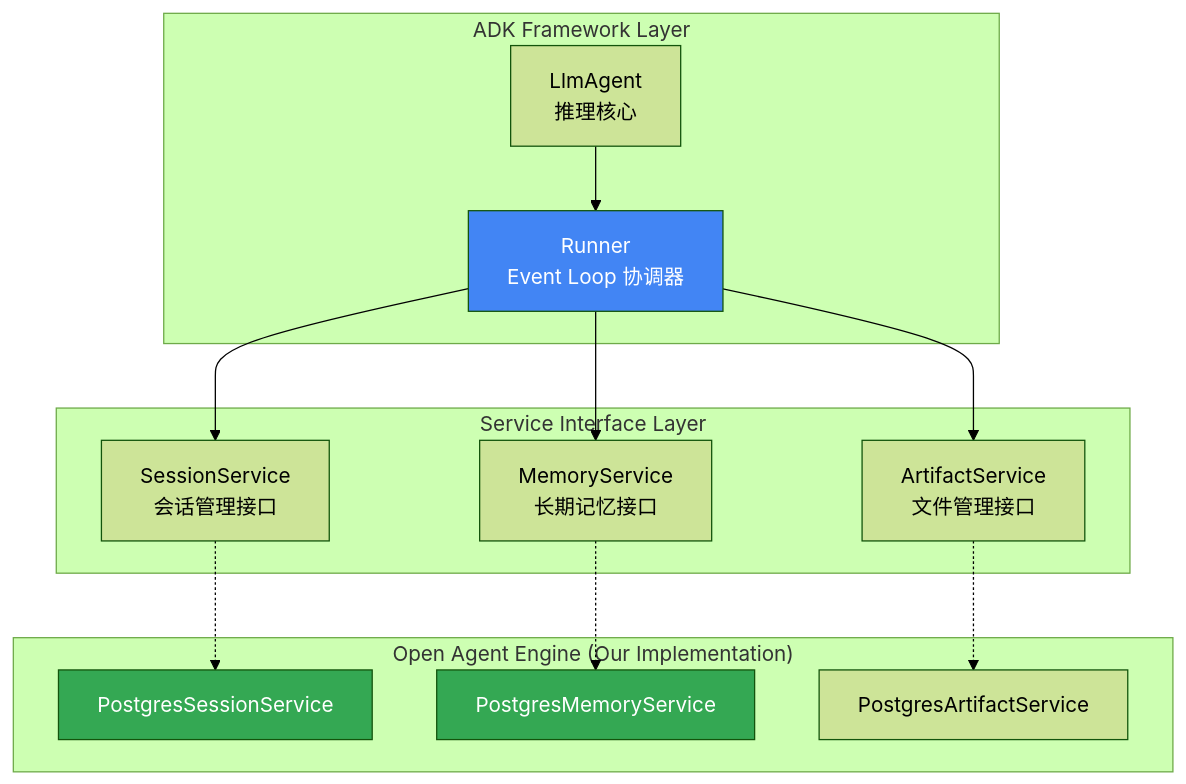
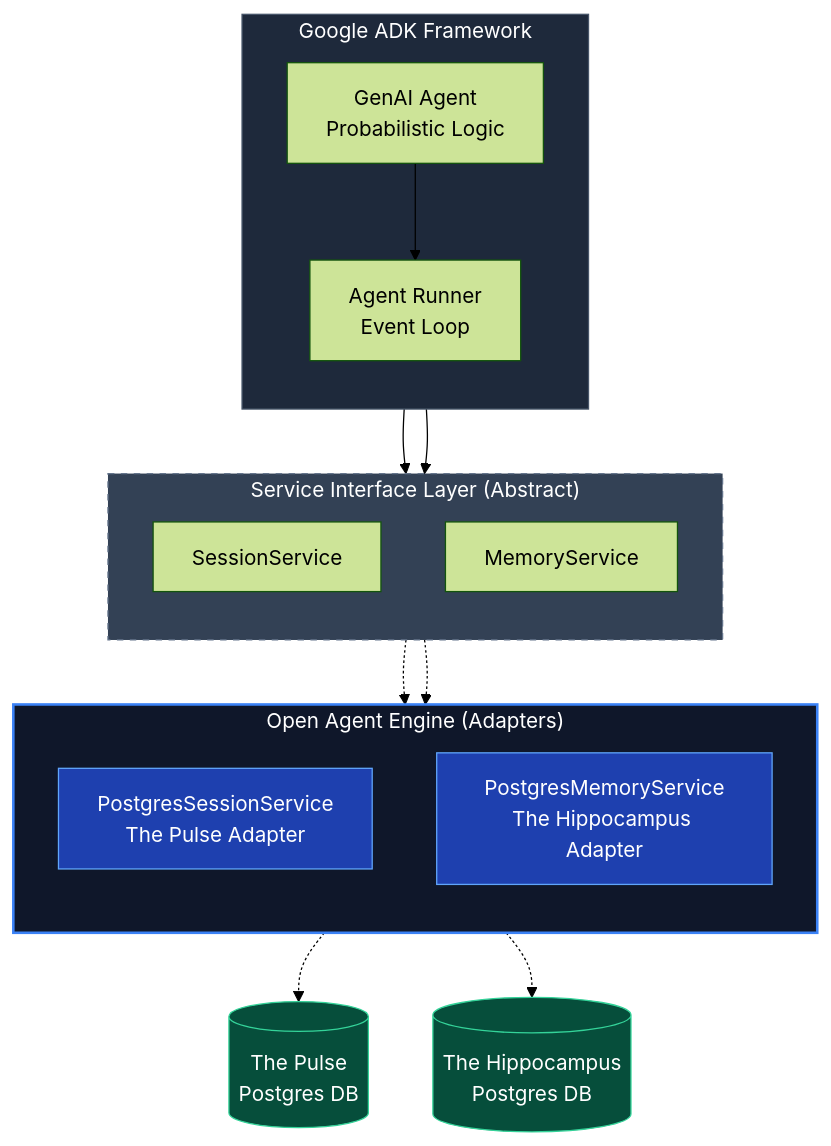
The second of 6 diagrams in docs/engine/040-the-realm-of-mind.md (ThreeFish-AI/agentic-ai-papers), drawn with Mermaid (forest theme) before and after one commit. The commit also changed other lines of this file, not shown here.

First line of the commit message:
docs(realm): 重构 Phase 4 文档结构与执行导图;

````diff
--- a/docs/engine/040-the-realm-of-mind.md
+++ b/docs/engine/040-the-realm-of-mind.md
@@ -94,29 +96,37 @@
 ```mermaid
 graph TB
-    subgraph "ADK Framework Layer"
-        R[Runner<br>Event Loop 协调器]
-        A[LlmAgent<br>推理核心]
+    subgraph ADK ["Google ADK Framework"]
+        direction TB
+        Runner[Agent Runner<br>Event Loop]
+        Agent[GenAI Agent<br>Probabilistic Logic]
     end
 
-    subgraph "Service Interface Layer"
-        SS[SessionService<br>会话管理接口]
-        MS[MemoryService<br>长期记忆接口]
-        AS[ArtifactService<br>文件管理接口]
+    subgraph Interfaces ["Service Interface Layer (Abstract)"]
+        direction TB
+        SS[SessionService]
+        MS[MemoryService]
     end
 
-    subgraph "Open Agent Engine (Our Implementation)"
-        PSS[PostgresSessionService]
-        PMS[PostgresMemoryService]
-        PAS[PostgresArtifactService]
+    subgraph Implementation ["Open Agent Engine (Adapters)"]
+        direction TB
+        PSS[PostgresSessionService<br>The Pulse Adapter]
+        PMS[PostgresMemoryService<br>The Hippocampus Adapter]
     end
 
-    R --> SS & MS & AS
-    A --> R
+    Agent --> Runner
+    Runner --> SS & MS
+
     SS -.-> PSS
     MS -.-> PMS
-    AS -.-> PAS
 
-    style R fill:#4285f4,color:#fff
-    style PSS fill:#34a853,color:#fff
-    style PMS fill:#34a853,color:#fff
+    PSS -.-> Pulse[(The Pulse<br>Postgres DB)]
+    PMS -.-> Hippo[(The Hippocampus<br>Postgres DB)]
+
+    style ADK fill:#1e293b,stroke:#475569,color:#fff
+    style Interfaces fill:#334155,stroke:#64748b,stroke-dasharray: 5 5,color:#fff
+    style Implementation fill:#0f172a,stroke:#3b82f6,stroke-width:2px,color:#fff
+    style PSS fill:#1e40af,stroke:#60a5fa,color:#fff
+    style PMS fill:#1e40af,stroke:#60a5fa,color:#fff
+    style Pulse fill:#064e3b,stroke:#34d399,color:#fff
+    style Hippo fill:#064e3b,stroke:#34d399,color:#fff
 ```
````
